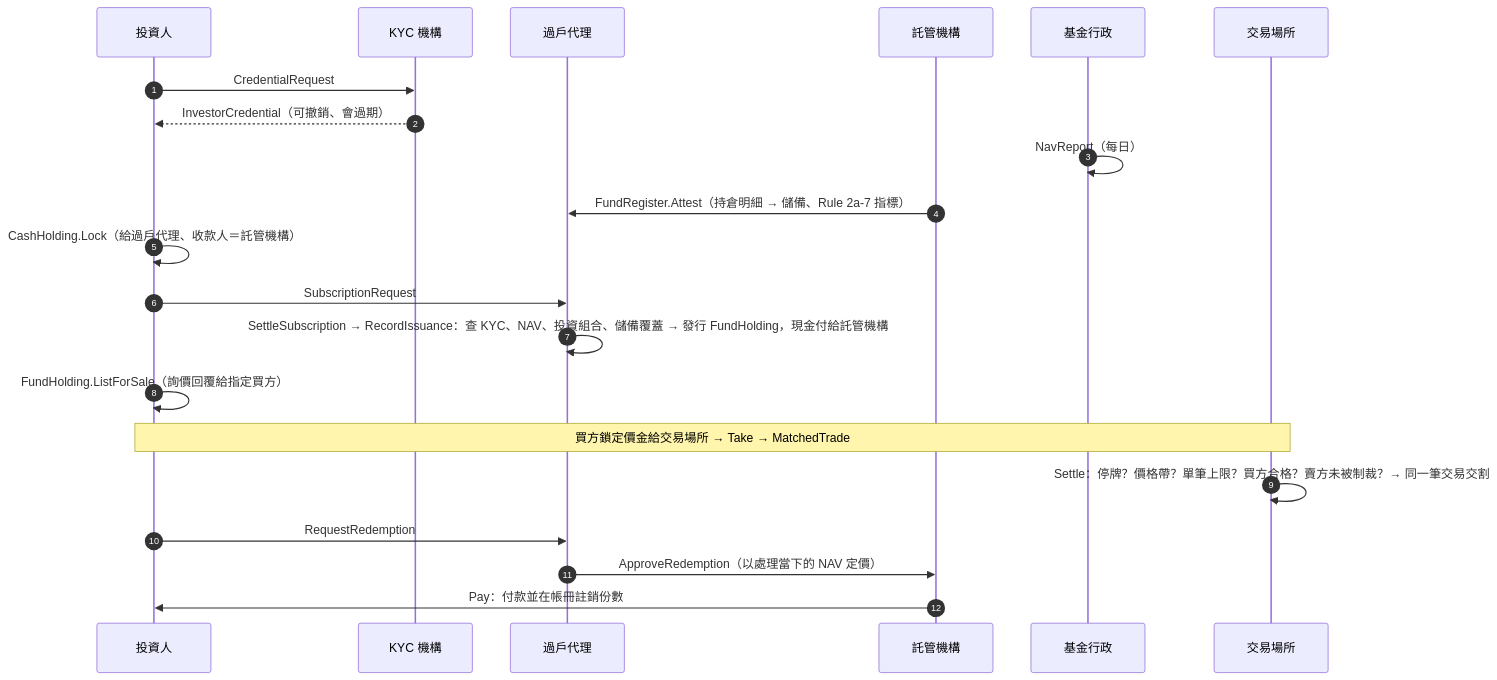
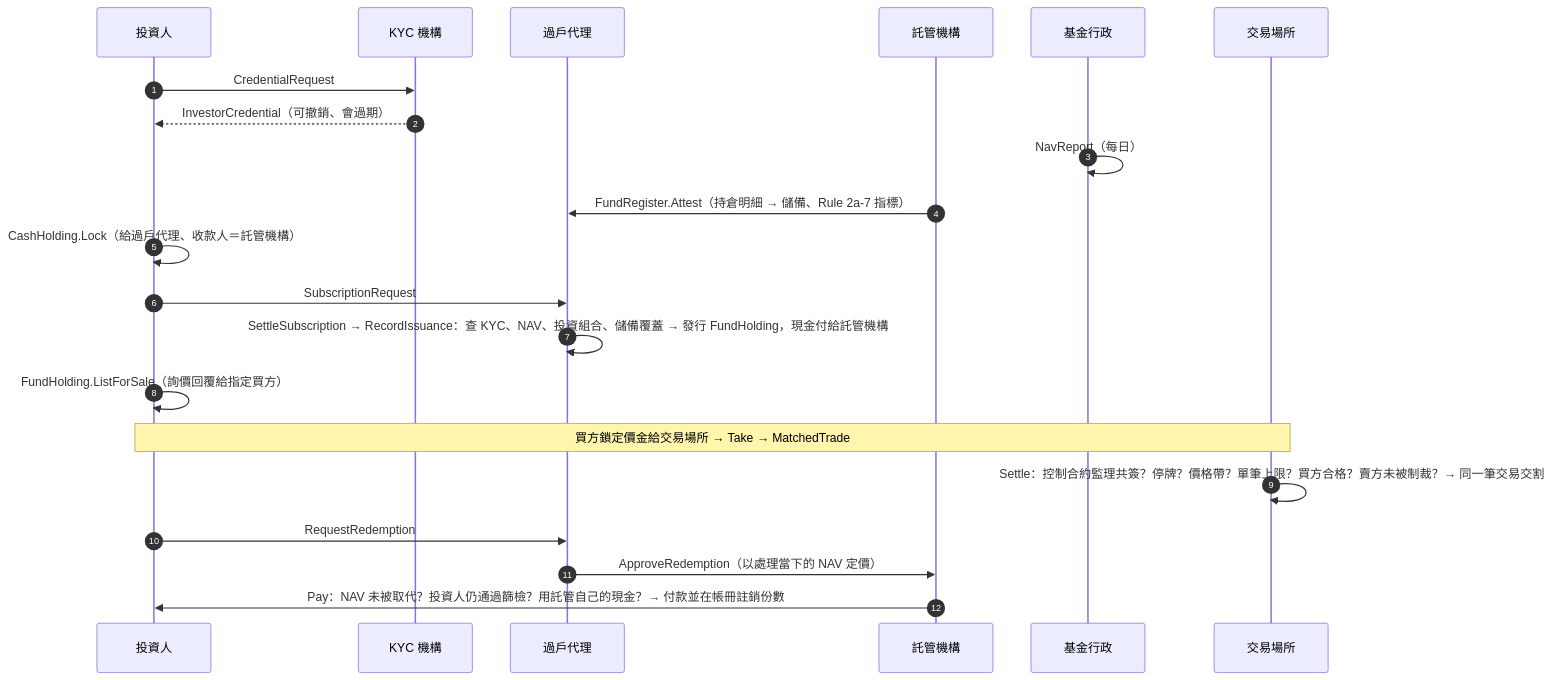
Before and after one commit to zuemen/ZuecanRWAton: the diagram in README.md, drawn with Mermaid. The commit also changed other lines of this file and 4 other files, not shown here.

````diff
--- a/README.md
+++ b/README.md
@@ -45,23 +47,23 @@
 ```mermaid
 sequenceDiagram
   autonumber
   participant I as 投資人
   participant K as KYC 機構
   participant TA as 過戶代理
   participant C as 託管機構
   participant N as 基金行政
   participant V as 交易場所
   I->>K: CredentialRequest
   K-->>I: InvestorCredential（可撤銷、會過期）
   N->>N: NavReport（每日）
   C->>TA: FundRegister.Attest（持倉明細 → 儲備、Rule 2a-7 指標）
   I->>I: CashHolding.Lock（給過戶代理、收款人＝託管機構）
   I->>TA: SubscriptionRequest
   TA->>TA: SettleSubscription → RecordIssuance：查 KYC、NAV、投資組合、儲備覆蓋 → 發行 FundHolding，現金付給託管機構
   I->>I: FundHolding.ListForSale（詢價回覆給指定買方）
   Note over I,V: 買方鎖定價金給交易場所 → Take → MatchedTrade
-  V->>V: Settle：停牌？價格帶？單筆上限？買方合格？賣方未被制裁？→ 同一筆交易交割
+  V->>V: Settle：控制合約監理共簽？停牌？價格帶？單筆上限？買方合格？賣方未被制裁？→ 同一筆交易交割
   I->>TA: RequestRedemption
   TA->>C: ApproveRedemption（以處理當下的 NAV 定價）
-  C->>I: Pay：付款並在帳冊註銷份數
+  C->>I: Pay：NAV 未被取代？投資人仍通過篩檢？用託管自己的現金？→ 付款並在帳冊註銷份數
 ```
````
